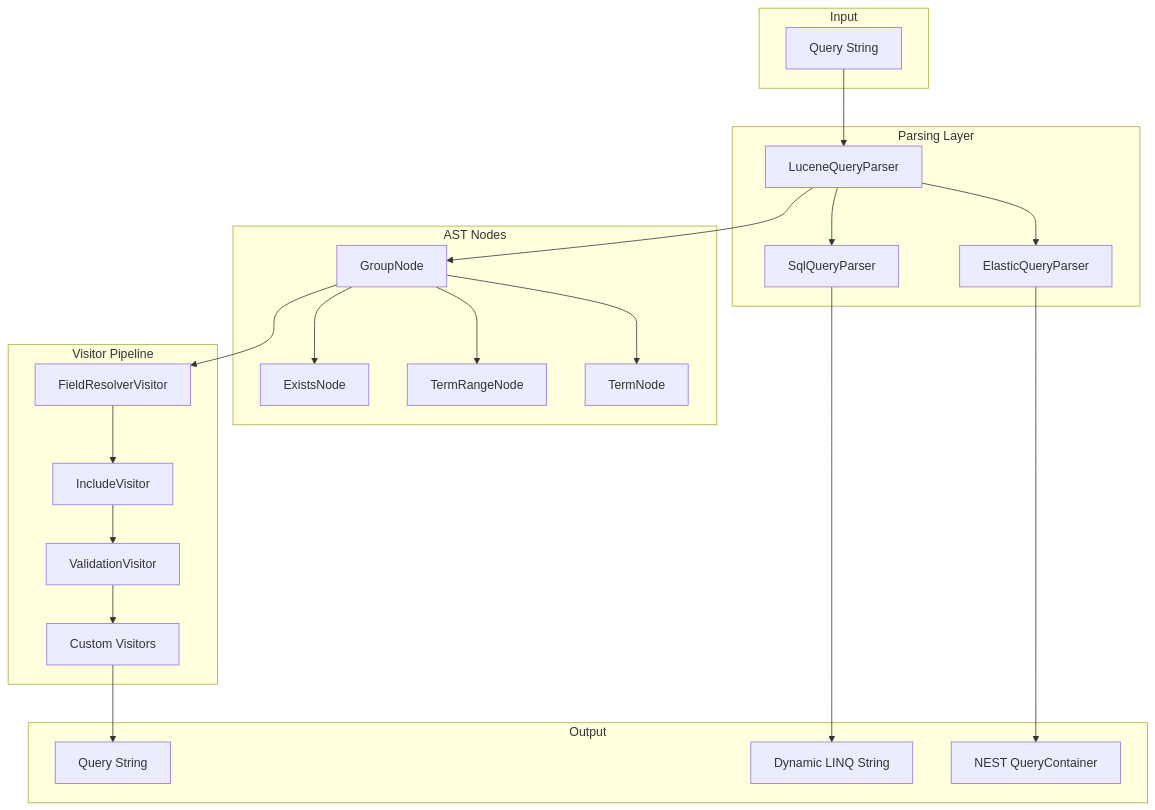
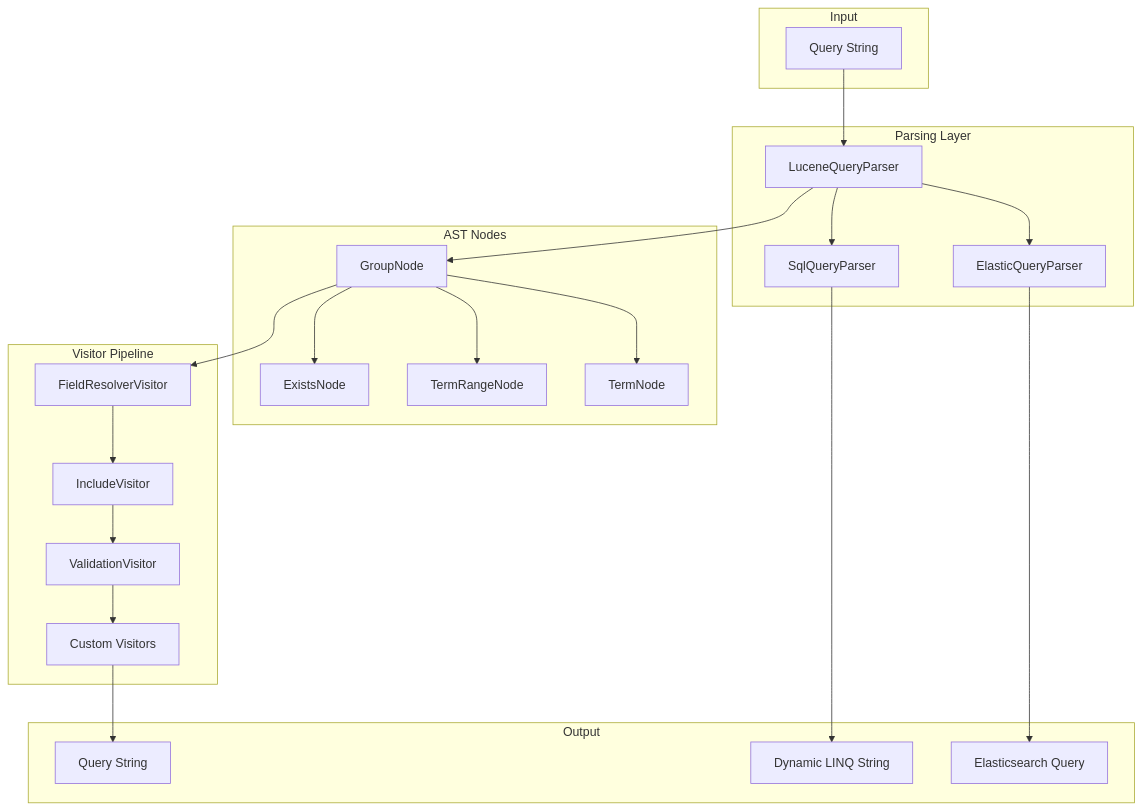
Before and after one commit to FoundatioFx/Foundatio.Parsers: the diagram in docs/guide/what-is-foundatio-parsers.md, drawn with Mermaid. The commit also changed other lines of this file and 64 other files, not shown here.

First line of the commit message:
Upgrade to Elastic.Clients.Elasticsearch (#84)

````diff
--- a/docs/guide/what-is-foundatio-parsers.md
+++ b/docs/guide/what-is-foundatio-parsers.md
@@ -19,49 +19,49 @@
 ```mermaid
 graph TD
     subgraph input [Input]
         QueryString[Query String]
     end
     
     subgraph parsing [Parsing Layer]
         LuceneParser[LuceneQueryParser]
         ElasticParser[ElasticQueryParser]
         SqlParser[SqlQueryParser]
     end
     
     subgraph ast [AST Nodes]
         GroupNode[GroupNode]
         TermNode[TermNode]
         TermRangeNode[TermRangeNode]
         ExistsNode[ExistsNode]
     end
     
     subgraph visitors [Visitor Pipeline]
         FieldResolver[FieldResolverVisitor]
         IncludeVisitor[IncludeVisitor]
         ValidationVisitor[ValidationVisitor]
         CustomVisitor[Custom Visitors]
     end
     
     subgraph output [Output]
-        ElasticQuery[NEST QueryContainer]
+        ElasticQuery[Elasticsearch Query]
         SqlQuery[Dynamic LINQ String]
         GeneratedQuery[Query String]
     end
     
     QueryString --> LuceneParser
     LuceneParser --> ElasticParser
     LuceneParser --> SqlParser
     LuceneParser --> GroupNode
     GroupNode --> TermNode
     GroupNode --> TermRangeNode
     GroupNode --> ExistsNode
     
     GroupNode --> FieldResolver
     FieldResolver --> IncludeVisitor
     IncludeVisitor --> ValidationVisitor
     ValidationVisitor --> CustomVisitor
     
     ElasticParser --> ElasticQuery
     SqlParser --> SqlQuery
     CustomVisitor --> GeneratedQuery
 ```
````
